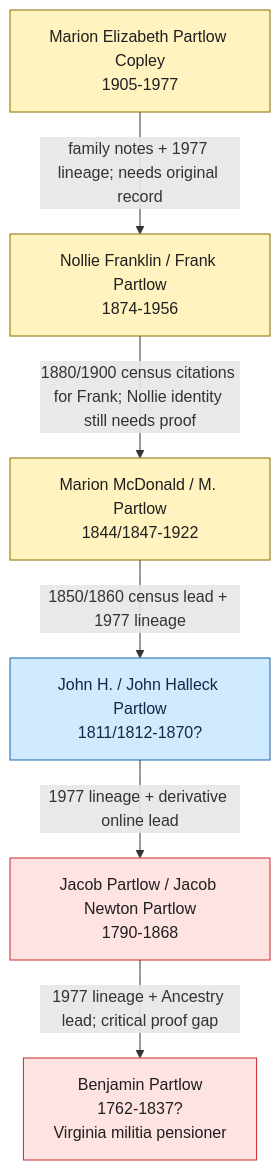
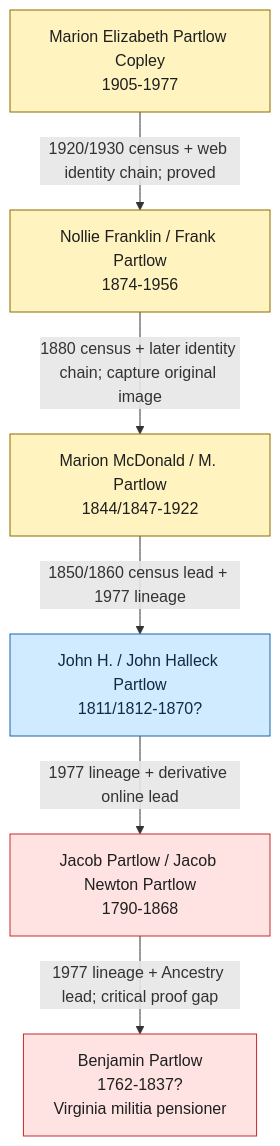
Before and after one commit to zcopley/copley-family-research: the first of 2 diagrams in RQ-P1-PARTLOW-REVOLUTIONARY-LINE.md, drawn with Mermaid. The commit also changed other lines of this file and 14 other files, not shown here.

Commit message:
Integrate Partlow Rude online identity chain

````diff
--- a/RQ-P1-PARTLOW-REVOLUTIONARY-LINE.md
+++ b/RQ-P1-PARTLOW-REVOLUTIONARY-LINE.md
@@ -39,23 +39,23 @@
 ```mermaid
 graph TD
     ME["Marion Elizabeth Partlow Copley<br/>1905-1977"]
     NF["Nollie Franklin / Frank Partlow<br/>1874-1956"]
     MM["Marion McDonald / M. Partlow<br/>1844/1847-1922"]
     JH["John H. / John Halleck Partlow<br/>1811/1812-1870?"]
     JP["Jacob Partlow / Jacob Newton Partlow<br/>1790-1868"]
     BP["Benjamin Partlow<br/>1762-1837?<br/>Virginia militia pensioner"]
 
-    ME -->|"family notes + 1977 lineage; needs original record"| NF
-    NF -->|"1880/1900 census citations for Frank; Nollie identity still needs proof"| MM
+    ME -->|"1920/1930 census + web identity chain; proved"| NF
+    NF -->|"1880 census + later identity chain; capture original image"| MM
     MM -->|"1850/1860 census lead + 1977 lineage"| JH
     JH -->|"1977 lineage + derivative online lead"| JP
     JP -->|"1977 lineage + Ancestry lead; critical proof gap"| BP
 
     class ME,NF,MM familySource
     class JH censusLead
     class JP,BP proofGap
 
     classDef familySource fill:#fff3bf,stroke:#8a6d00,color:#1f1f1f;
     classDef censusLead fill:#d0ebff,stroke:#1864ab,color:#102a43;
     classDef proofGap fill:#ffe3e3,stroke:#c92a2a,color:#1f1f1f;
 ```
````
